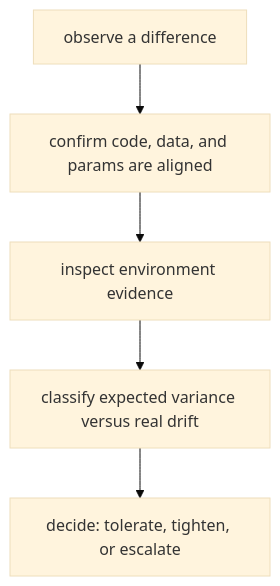
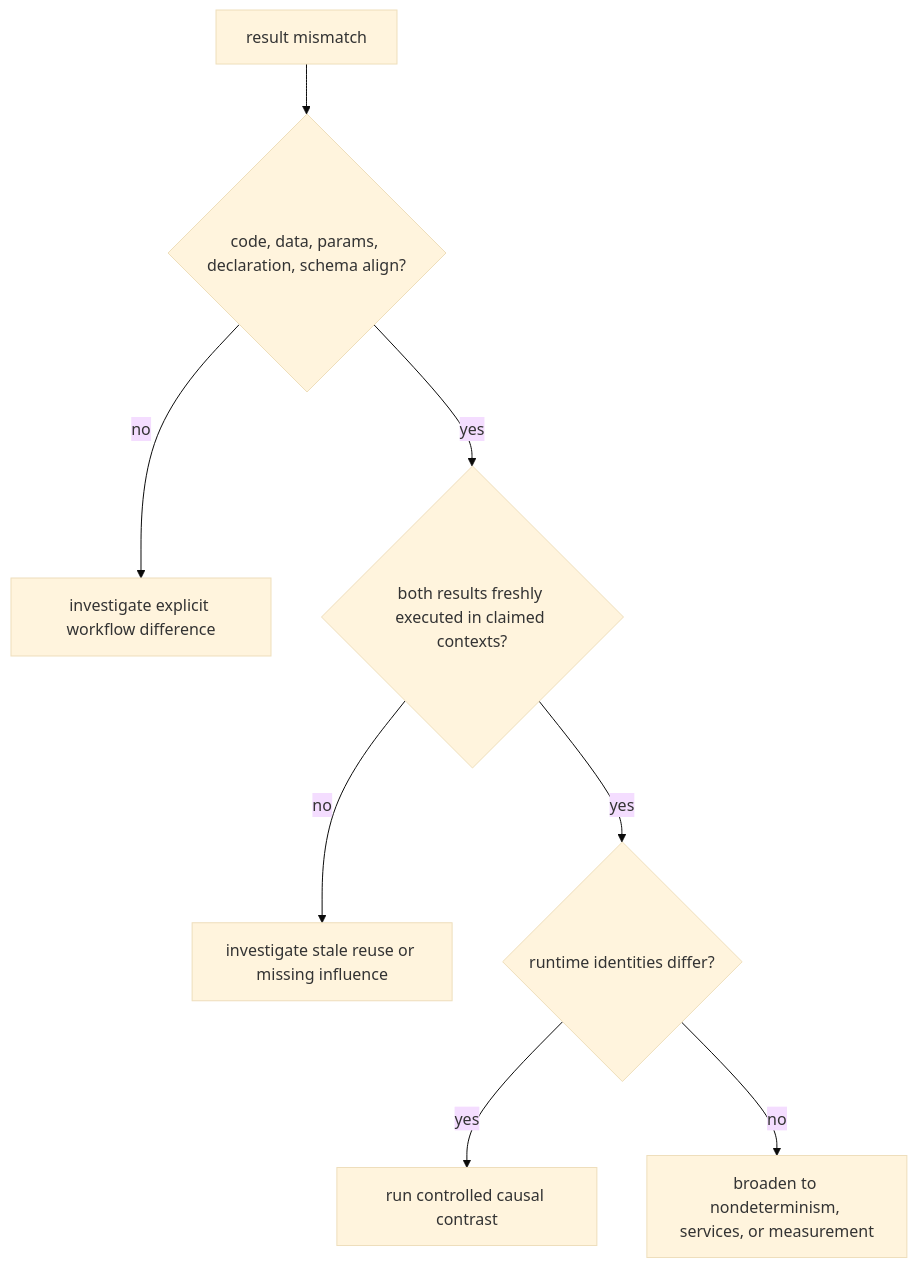
One commit to bijux/bijux-masterclass changed the third of 3 diagrams in programs/reproducible-research/deep-dive-dvc/course-book/module-03-execution-environments-reproducible-inputs/reviewing-environment-drift-and-runtime-evidence.md. Above: the diagram before and after it, drawn with Mermaid (base theme). The commit also changed other lines of this file, not shown here.

Commit message:
docs(dvc): teach runtime drift as a causal investigation

````diff
--- a/programs/reproducible-research/deep-dive-dvc/course-book/module-03-execution-environments-reproducible-inputs/reviewing-environment-drift-and-runtime-evidence.md
+++ b/programs/reproducible-research/deep-dive-dvc/course-book/module-03-execution-environments-reproducible-inputs/reviewing-environment-drift-and-runtime-evidence.md
@@ -44,7 +103,10 @@
 ```mermaid
 flowchart TD
-  symptom["observe a difference"] --> confirm["confirm code, data, and params are aligned"]
-  confirm --> env["inspect environment evidence"]
-  env --> classify["classify expected variance versus real drift"]
-  classify --> action["decide: tolerate, tighten, or escalate"]
+  mismatch["result mismatch"] --> basis{"code, data, params, declaration, schema align?"}
+  basis -- no --> explicit["investigate explicit workflow difference"]
+  basis -- yes --> current{"both results freshly executed in claimed contexts?"}
+  current -- no --> contract["investigate stale reuse or missing influence"]
+  current -- yes --> runtime{"runtime identities differ?"}
+  runtime -- yes --> causal["run controlled causal contrast"]
+  runtime -- no --> broader["broaden to nondeterminism, services, or measurement"]
 ```
````
